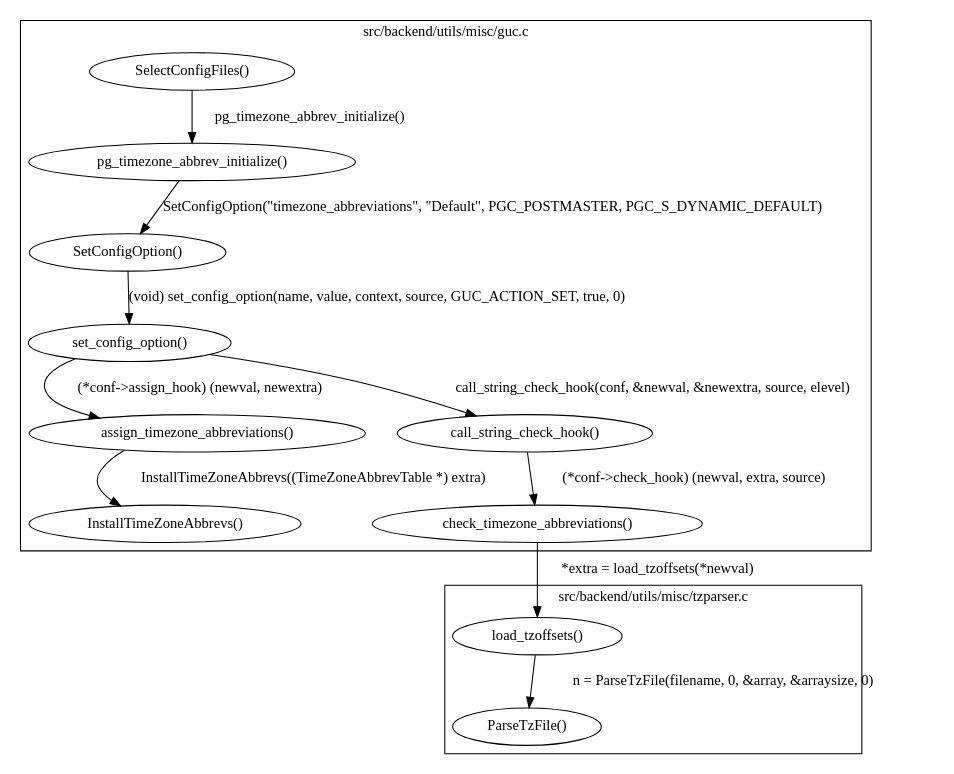
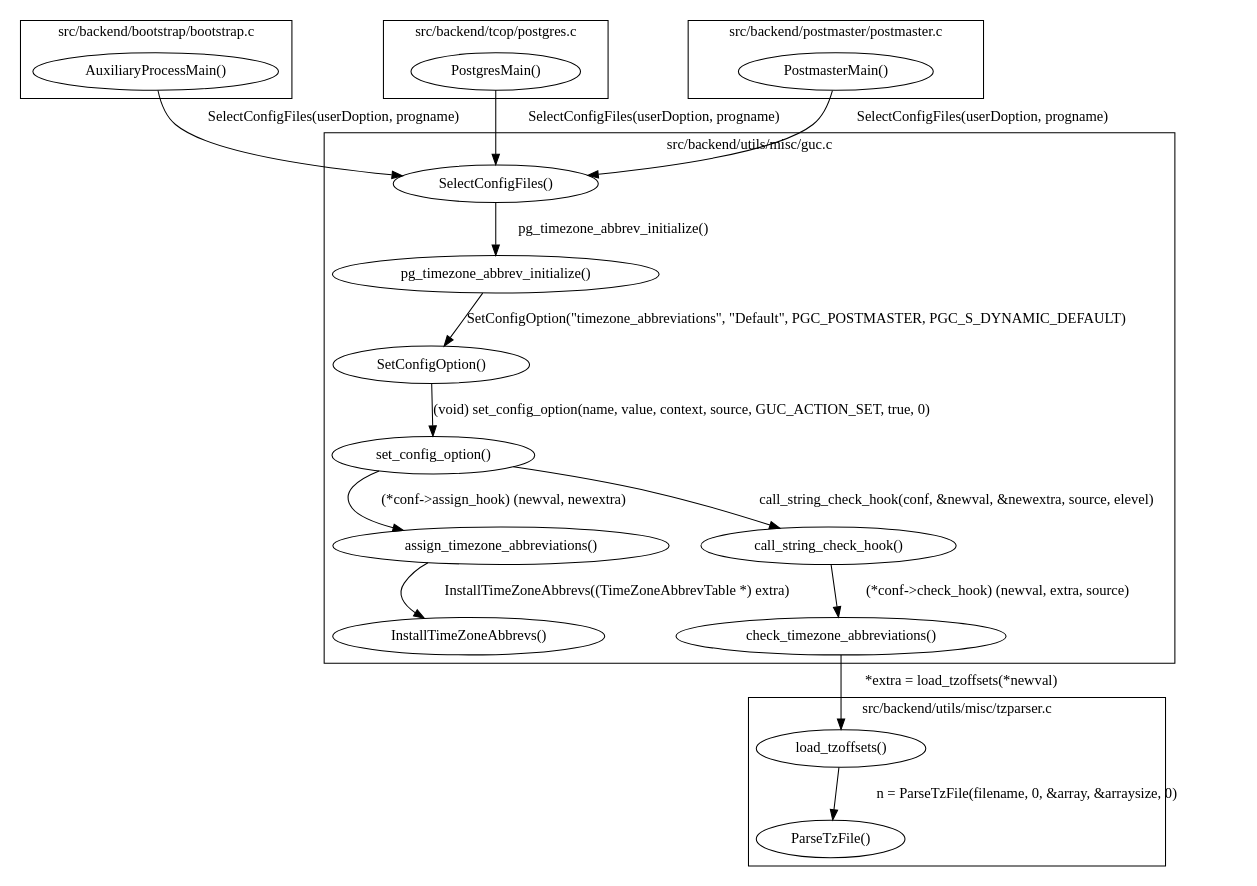
One commit to sbertrang/datizo changed the diagram in doc/guc-tz/guc-tz.gv. Above: the diagram before and after it, drawn with Graphviz.

Commit message:
add initial callers closer to other environments

```diff
--- a/doc/guc-tz/guc-tz.gv
+++ b/doc/guc-tz/guc-tz.gv
@@ -1,38 +1,60 @@
 digraph g {
 
 
 	subgraph cluster_tzparser {
 		label = "src/backend/utils/misc/tzparser.c";
 
 		ParseTzFile [ label = "\N()" ];
 		load_tzoffsets [ label = "\N()" ] ;
 	}
 
 	subgraph cluster_guc {
 		label = "src/backend/utils/misc/guc.c";
 
 		check_timezone_abbreviations [ label = "\N()" ];
 		assign_timezone_abbreviations [ label = "\N()" ];
 		InstallTimeZoneAbbrevs [ label = "\N()" ];
 		pg_timezone_abbrev_initialize [ label = "\N()" ];
 		SetConfigOption [ label = "\N()" ];
 		set_config_option [ label = "\N()" ];
 		call_string_check_hook[ label = "\N()" ];
 		SelectConfigFiles[ label = "\N()" ];
 	}
 
+	subgraph cluster_bootstrap {
+		label = "src/backend/bootstrap/bootstrap.c";
 
+		AuxiliaryProcessMain [ label = "\N()"];
+	}
+
+	subgraph cluster_postgres {
+		label = "src/backend/tcop/postgres.c";
+
+		PostgresMain [ label = "\N()" ];
+	}
+
+	subgraph cluster_postmaster {
+		label = "src/backend/postmaster/postmaster.c";
+
+		PostmasterMain [ label = "\N()" ];
+	}
 
 	load_tzoffsets -> ParseTzFile [ label = "n = ParseTzFile(filename, 0, &array, &arraysize, 0)" ];
 	check_timezone_abbreviations -> load_tzoffsets [ label = "*extra = load_tzoffsets(*newval)" ];
 	assign_timezone_abbreviations -> InstallTimeZoneAbbrevs [ label = "InstallTimeZoneAbbrevs((TimeZoneAbbrevTable *) extra)" ];
 
 	// pg_timezone_abbrev_initialize -> assign_timezone_abbreviations;
 	pg_timezone_abbrev_initialize -> SetConfigOption [ label = <SetConfigOption("timezone_abbreviations", "Default", PGC_POSTMASTER, PGC_S_DYNAMIC_DEFAULT)> ];
 	SetConfigOption -> set_config_option [ label = <(void) set_config_option(name, value, context, source, GUC_ACTION_SET, true, 0)> ];
 	set_config_option -> call_string_check_hook [ label = "call_string_check_hook(conf, &newval, &newextra, source, elevel)" ];
 	call_string_check_hook -> check_timezone_abbreviations [ label = "(*conf->check_hook) (newval, extra, source)" ];
 	set_config_option -> assign_timezone_abbreviations [ label = "(*conf->assign_hook) (newval, newextra)" ];
 
 	SelectConfigFiles -> pg_timezone_abbrev_initialize [ label = "pg_timezone_abbrev_initialize()" ];
+
+	AuxiliaryProcessMain -> SelectConfigFiles [ label = "SelectConfigFiles(userDoption, progname)" ];
+	PostmasterMain -> SelectConfigFiles [ label = "SelectConfigFiles(userDoption, progname)" ];
+	PostgresMain -> SelectConfigFiles [ label = "SelectConfigFiles(userDoption, progname)" ];
+
+	
 }
```
